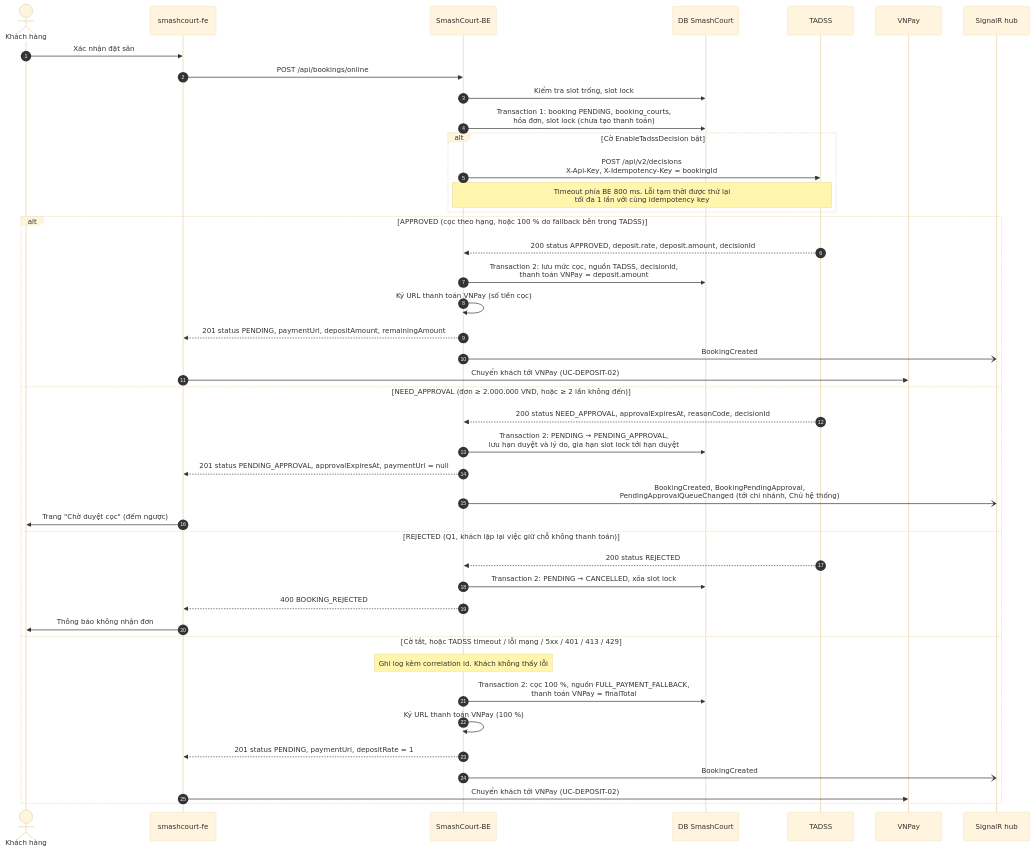
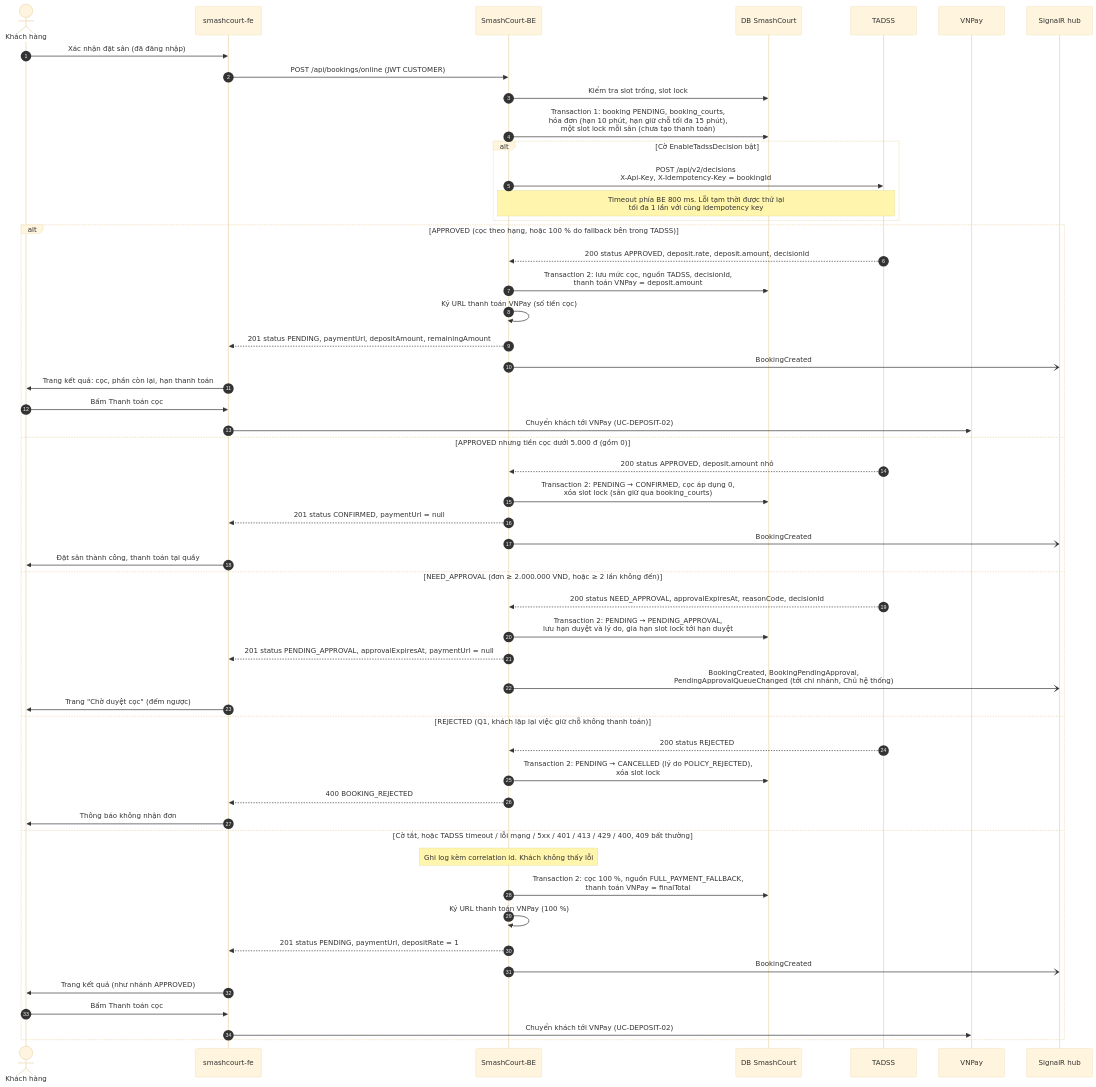
One commit to NguyenThanhTrung-N2T/TrustworthyAdaptiveDecisionSupportSystem-TADSS changed the first of 6 diagrams in docs/report/SEQUENCE_DIAGRAMS.md. Above: the diagram before and after it, drawn with Mermaid (base theme). The commit also changed other lines of this file and 9 other files, not shown here.

Commit message:
docs: align Phase 6 design and report docs (login-only online booking, 15-min hold, cancel_reason, payment/cancel sequences)

````diff
--- a/docs/report/SEQUENCE_DIAGRAMS.md
+++ b/docs/report/SEQUENCE_DIAGRAMS.md
@@ -18,48 +18,58 @@
 ```mermaid
 sequenceDiagram
     autonumber
     actor C as Khách hàng
     participant FE as smashcourt-fe
     participant BE as SmashCourt-BE
     participant DB as DB SmashCourt
     participant T as TADSS
     participant V as VNPay
     participant H as SignalR hub
 
-    C->>FE: Xác nhận đặt sân
-    FE->>BE: POST /api/bookings/online
+    C->>FE: Xác nhận đặt sân (đã đăng nhập)
+    FE->>BE: POST /api/bookings/online (JWT CUSTOMER)
     BE->>DB: Kiểm tra slot trống, slot lock
-    BE->>DB: Transaction 1: booking PENDING, booking_courts,<br/>hóa đơn, slot lock (chưa tạo thanh toán)
+    BE->>DB: Transaction 1: booking PENDING, booking_courts,<br/>hóa đơn (hạn 10 phút, hạn giữ chỗ tối đa 15 phút),<br/>một slot lock mỗi sân (chưa tạo thanh toán)
 
     alt Cờ EnableTadssDecision bật
         BE->>T: POST /api/v2/decisions<br/>X-Api-Key, X-Idempotency-Key = bookingId
         Note over BE,T: Timeout phía BE 800 ms. Lỗi tạm thời được thử lại<br/>tối đa 1 lần với cùng idempotency key
     end
 
     alt APPROVED (cọc theo hạng, hoặc 100 % do fallback bên trong TADSS)
         T-->>BE: 200 status APPROVED, deposit.rate, deposit.amount, decisionId
         BE->>DB: Transaction 2: lưu mức cọc, nguồn TADSS, decisionId,<br/>thanh toán VNPay = deposit.amount
         BE->>BE: Ký URL thanh toán VNPay (số tiền cọc)
         BE-->>FE: 201 status PENDING, paymentUrl, depositAmount, remainingAmount
         BE-)H: BookingCreated
+        FE->>C: Trang kết quả: cọc, phần còn lại, hạn thanh toán
+        C->>FE: Bấm Thanh toán cọc
         FE->>V: Chuyển khách tới VNPay (UC-DEPOSIT-02)
+    else APPROVED nhưng tiền cọc dưới 5.000 đ (gồm 0)
+        T-->>BE: 200 status APPROVED, deposit.amount nhỏ
+        BE->>DB: Transaction 2: PENDING → CONFIRMED, cọc áp dụng 0,<br/>xóa slot lock (sân giữ qua booking_courts)
+        BE-->>FE: 201 status CONFIRMED, paymentUrl = null
+        BE-)H: BookingCreated
+        FE->>C: Đặt sân thành công, thanh toán tại quầy
     else NEED_APPROVAL (đơn ≥ 2.000.000 VND, hoặc ≥ 2 lần không đến)
         T-->>BE: 200 status NEED_APPROVAL, approvalExpiresAt, reasonCode, decisionId
         BE->>DB: Transaction 2: PENDING → PENDING_APPROVAL,<br/>lưu hạn duyệt và lý do, gia hạn slot lock tới hạn duyệt
         BE-->>FE: 201 status PENDING_APPROVAL, approvalExpiresAt, paymentUrl = null
         BE-)H: BookingCreated, BookingPendingApproval,<br/>PendingApprovalQueueChanged (tới chi nhánh, Chủ hệ thống)
         FE->>C: Trang "Chờ duyệt cọc" (đếm ngược)
     else REJECTED (Q1, khách lặp lại việc giữ chỗ không thanh toán)
         T-->>BE: 200 status REJECTED
-        BE->>DB: Transaction 2: PENDING → CANCELLED, xóa slot lock
+        BE->>DB: Transaction 2: PENDING → CANCELLED (lý do POLICY_REJECTED),<br/>xóa slot lock
         BE-->>FE: 400 BOOKING_REJECTED
         FE->>C: Thông báo không nhận đơn
-    else Cờ tắt, hoặc TADSS timeout / lỗi mạng / 5xx / 401 / 413 / 429
+    else Cờ tắt, hoặc TADSS timeout / lỗi mạng / 5xx / 401 / 413 / 429 / 400, 409 bất thường
         Note over BE: Ghi log kèm correlation id. Khách không thấy lỗi
         BE->>DB: Transaction 2: cọc 100 %, nguồn FULL_PAYMENT_FALLBACK,<br/>thanh toán VNPay = finalTotal
         BE->>BE: Ký URL thanh toán VNPay (100 %)
         BE-->>FE: 201 status PENDING, paymentUrl, depositRate = 1
         BE-)H: BookingCreated
+        FE->>C: Trang kết quả (như nhánh APPROVED)
+        C->>FE: Bấm Thanh toán cọc
         FE->>V: Chuyển khách tới VNPay (UC-DEPOSIT-02)
     end
 ```
````
